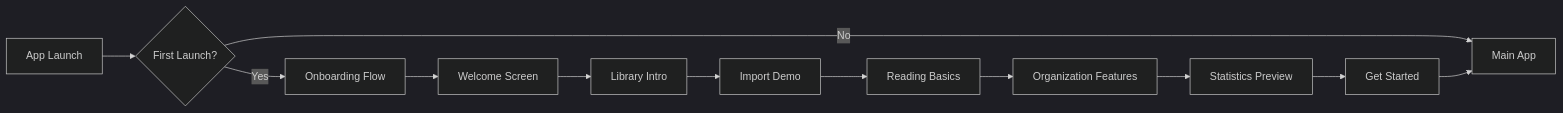
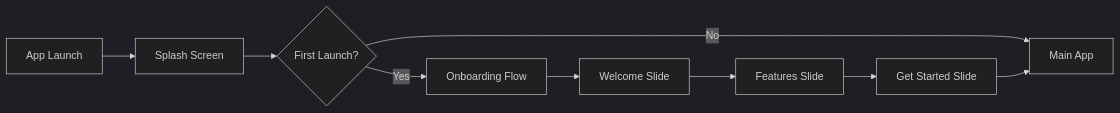
The diagram in plans/ONBOARDING_FLOW.md (fadlanzunima/epub-app), drawn with Mermaid (dark theme) before and after one commit. The commit also changed other lines of this file and 1 other file, not shown here.

Commit message:
docs: update plan documents with onboarding implementation and checklists

````diff
--- a/plans/ONBOARDING_FLOW.md
+++ b/plans/ONBOARDING_FLOW.md
@@ -11,14 +13,11 @@
 ```mermaid
 flowchart LR
-    A[App Launch] --> B{First Launch?}
-    B -->|Yes| C[Onboarding Flow]
-    B -->|No| D[Main App]
-    C --> E[Welcome Screen]
-    E --> F[Library Intro]
-    F --> G[Import Demo]
-    G --> H[Reading Basics]
-    H --> I[Organization Features]
-    I --> J[Statistics Preview]
-    J --> K[Get Started]
-    K --> D
+    A[App Launch] --> B[Splash Screen]
+    B --> C{First Launch?}
+    C -->|Yes| D[Onboarding Flow]
+    C -->|No| E[Main App]
+    D --> F[Welcome Slide]
+    F --> G[Features Slide]
+    G --> H[Get Started Slide]
+    H --> E
 ```
````
